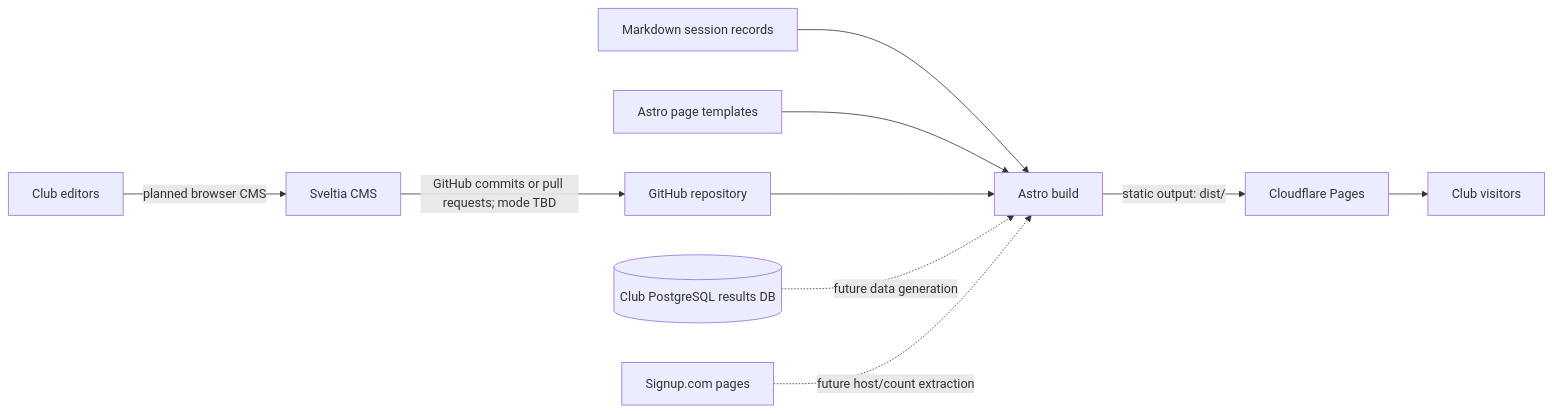
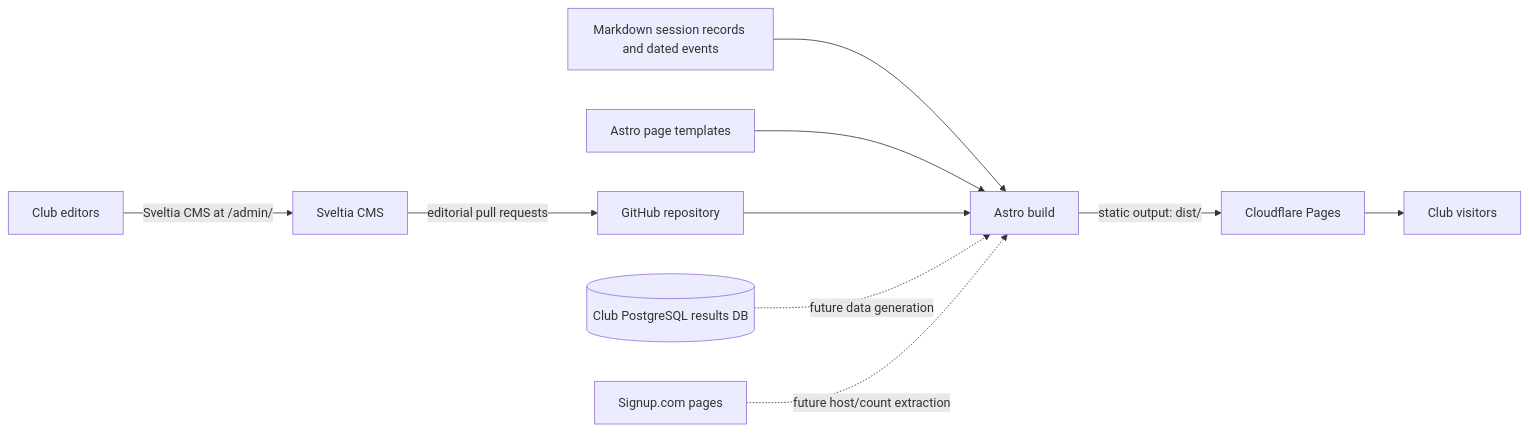
The diagram in docs/ARCHITECTURE.md (Joondalup-Bridge-Club/jbc-cloudflare-pages-website), drawn with Mermaid before and after one commit. The commit also changed other lines of this file and 57 other files, not shown here.

````diff
--- a/docs/ARCHITECTURE.md
+++ b/docs/ARCHITECTURE.md
@@ -11,12 +11,12 @@
 ```mermaid
 flowchart LR
-  EDIT[Club editors] -->|planned browser CMS| CMS[Sveltia CMS]
-  CMS -->|GitHub commits or pull requests; mode TBD| GH[GitHub repository]
-  CONTENT[Markdown session records] --> BUILD[Astro build]
+  EDIT[Club editors] -->|Sveltia CMS at /admin/| CMS[Sveltia CMS]
+  CMS -->|editorial pull requests| GH[GitHub repository]
+  CONTENT[Markdown session records and dated events] --> BUILD[Astro build]
   PAGES[Astro page templates] --> BUILD
   GH --> BUILD
   BUILD -->|static output: dist/| CF[Cloudflare Pages]
   CF --> VISITORS[Club visitors]
   PG[(Club PostgreSQL results DB)] -. future data generation .-> BUILD
   SIGNUP[Signup.com pages] -. future host/count extraction .-> BUILD
 ```
````
